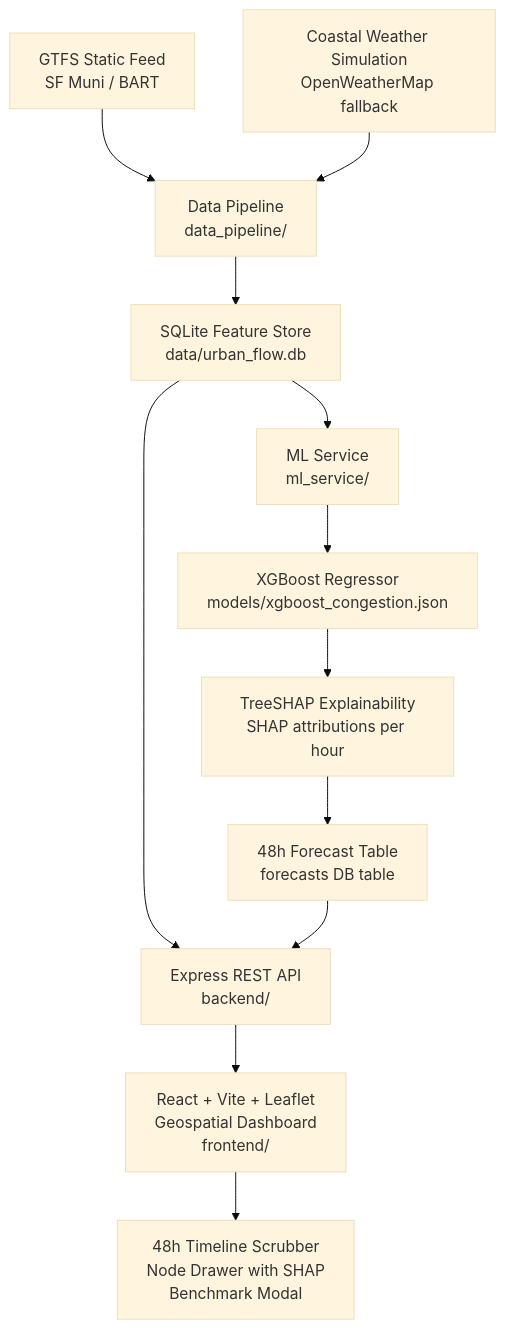
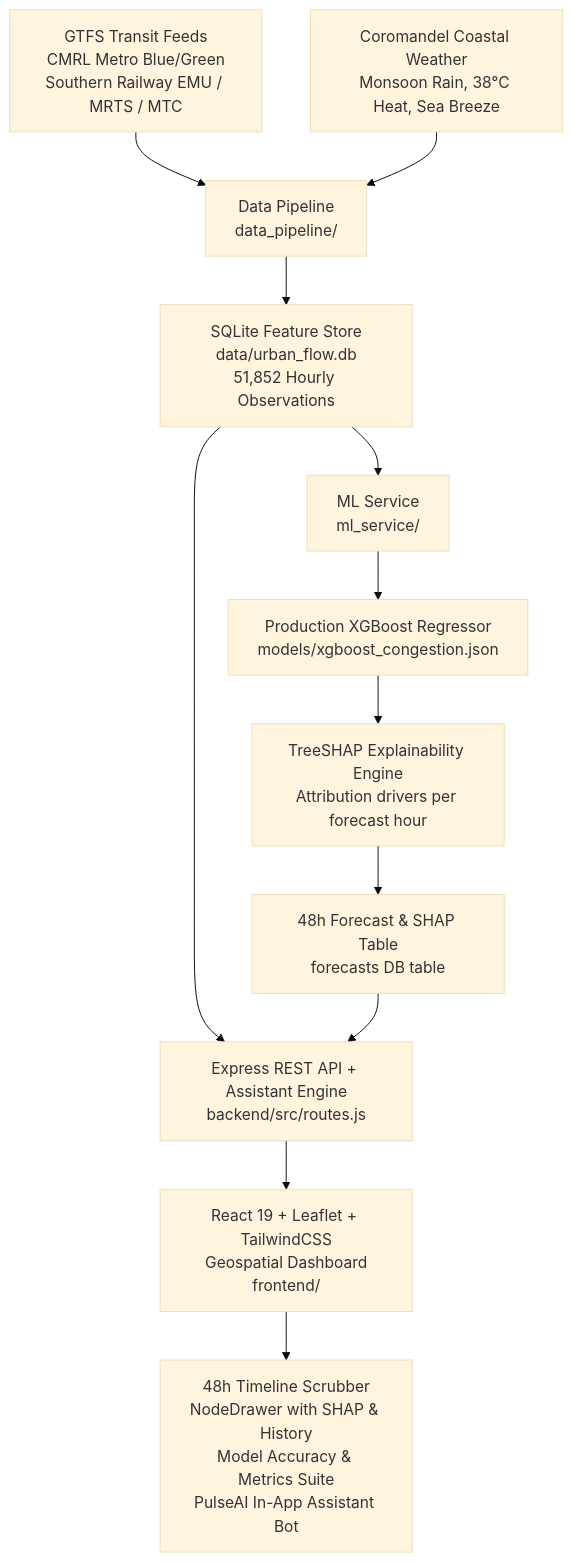
The diagram in README.md (vishwakshenansrinivasan/urban-tourism-flow-predictor), drawn with Mermaid (base theme) before and after one commit. The commit also changed other lines of this file, not shown here.

````diff
--- a/README.md
+++ b/README.md
@@ -9,14 +15,14 @@
 ```mermaid
 graph TD
-    A[GTFS Static Feed\nSF Muni / BART] --> B[Data Pipeline\ndata_pipeline/]
-    C[Coastal Weather Simulation\nOpenWeatherMap fallback] --> B
-    B --> D[SQLite Feature Store\ndata/urban_flow.db]
+    A[GTFS Transit Feeds\nCMRL Metro Blue/Green\nSouthern Railway EMU / MRTS / MTC] --> B[Data Pipeline\ndata_pipeline/]
+    C[Coromandel Coastal Weather\nMonsoon Rain, 38°C Heat, Sea Breeze] --> B
+    B --> D[SQLite Feature Store\ndata/urban_flow.db\n51,852 Hourly Observations]
     D --> E[ML Service\nml_service/]
-    E --> F[XGBoost Regressor\nmodels/xgboost_congestion.json]
-    F --> G[TreeSHAP Explainability\nSHAP attributions per hour]
-    G --> H[48h Forecast Table\nforecasts DB table]
-    D --> I[Express REST API\nbackend/]
+    E --> F[Production XGBoost Regressor\nmodels/xgboost_congestion.json]
+    F --> G[TreeSHAP Explainability Engine\nAttribution drivers per forecast hour]
+    G --> H[48h Forecast & SHAP Table\nforecasts DB table]
+    D --> I[Express REST API + Assistant Engine\nbackend/src/routes.js]
     H --> I
-    I --> J[React + Vite + Leaflet\nGeospatial Dashboard\nfrontend/]
-    J --> K[48h Timeline Scrubber\nNode Drawer with SHAP\nBenchmark Modal]
+    I --> J[React 19 + Leaflet + TailwindCSS\nGeospatial Dashboard\nfrontend/]
+    J --> K[48h Timeline Scrubber\nNodeDrawer with SHAP & History\nModel Accuracy & Metrics Suite\nPulseAI In-App Assistant Bot]
 ```
````
